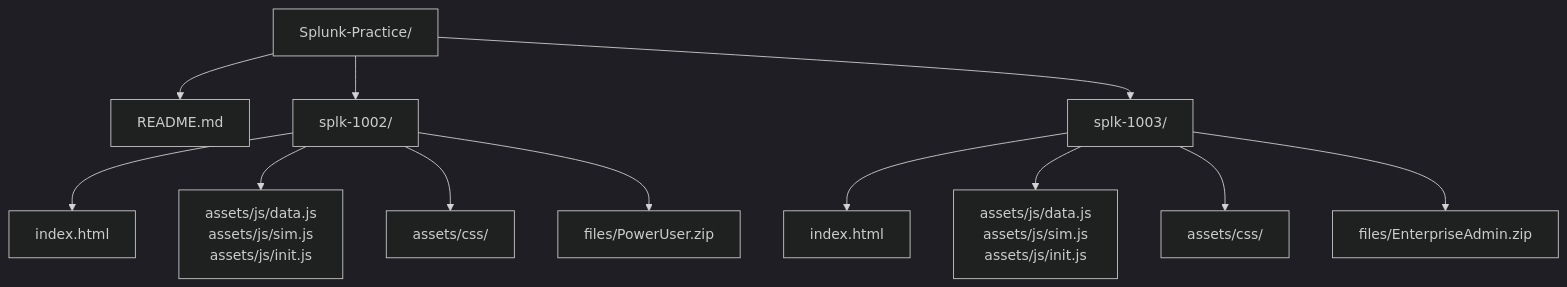
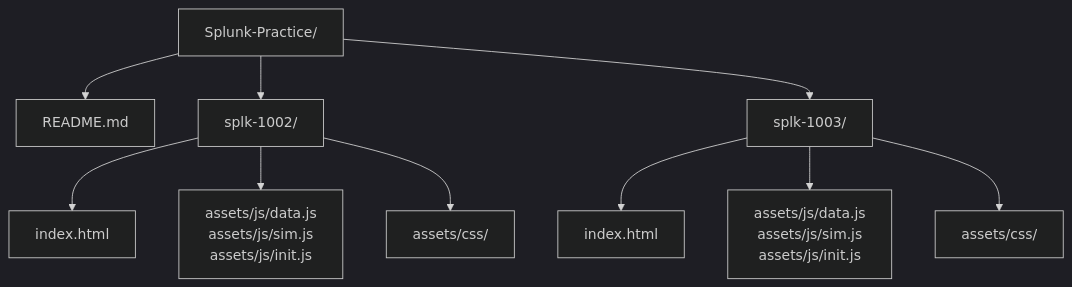
Before and after one commit to qays3/Splunk-Practice: the fourth of 5 diagrams in README.md, drawn with Mermaid (dark theme). The commit also changed other lines of this file and 4 other files, not shown here.

````diff
--- a/README.md
+++ b/README.md
@@ -83,14 +83,12 @@
 ```mermaid
 flowchart TD
     R["Splunk-Practice/"] --> A["README.md"]
     R --> B["splk-1002/"]
     R --> C["splk-1003/"]
     B --> B1["index.html"]
     B --> B2["assets/js/data.js<br/>assets/js/sim.js<br/>assets/js/init.js"]
     B --> B3["assets/css/"]
-    B --> B4["files/PowerUser.zip"]
     C --> C1["index.html"]
     C --> C2["assets/js/data.js<br/>assets/js/sim.js<br/>assets/js/init.js"]
     C --> C3["assets/css/"]
-    C --> C4["files/EnterpriseAdmin.zip"]
 ```
````
